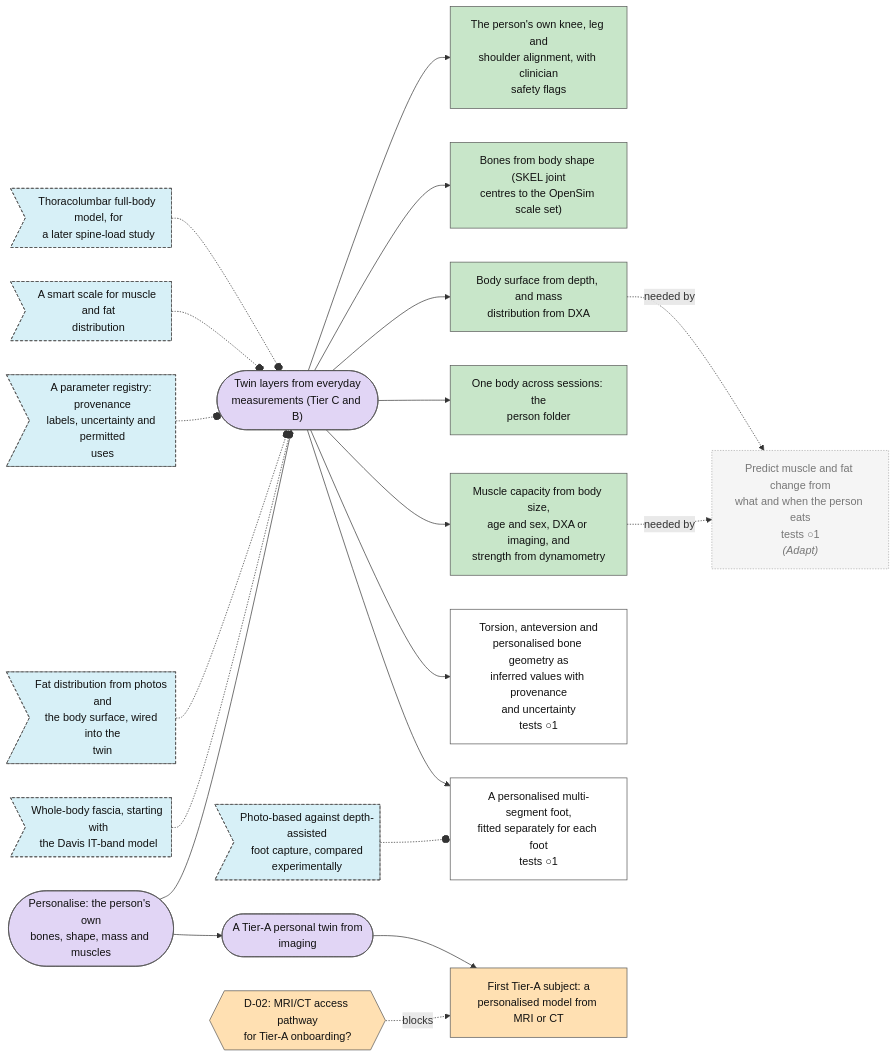
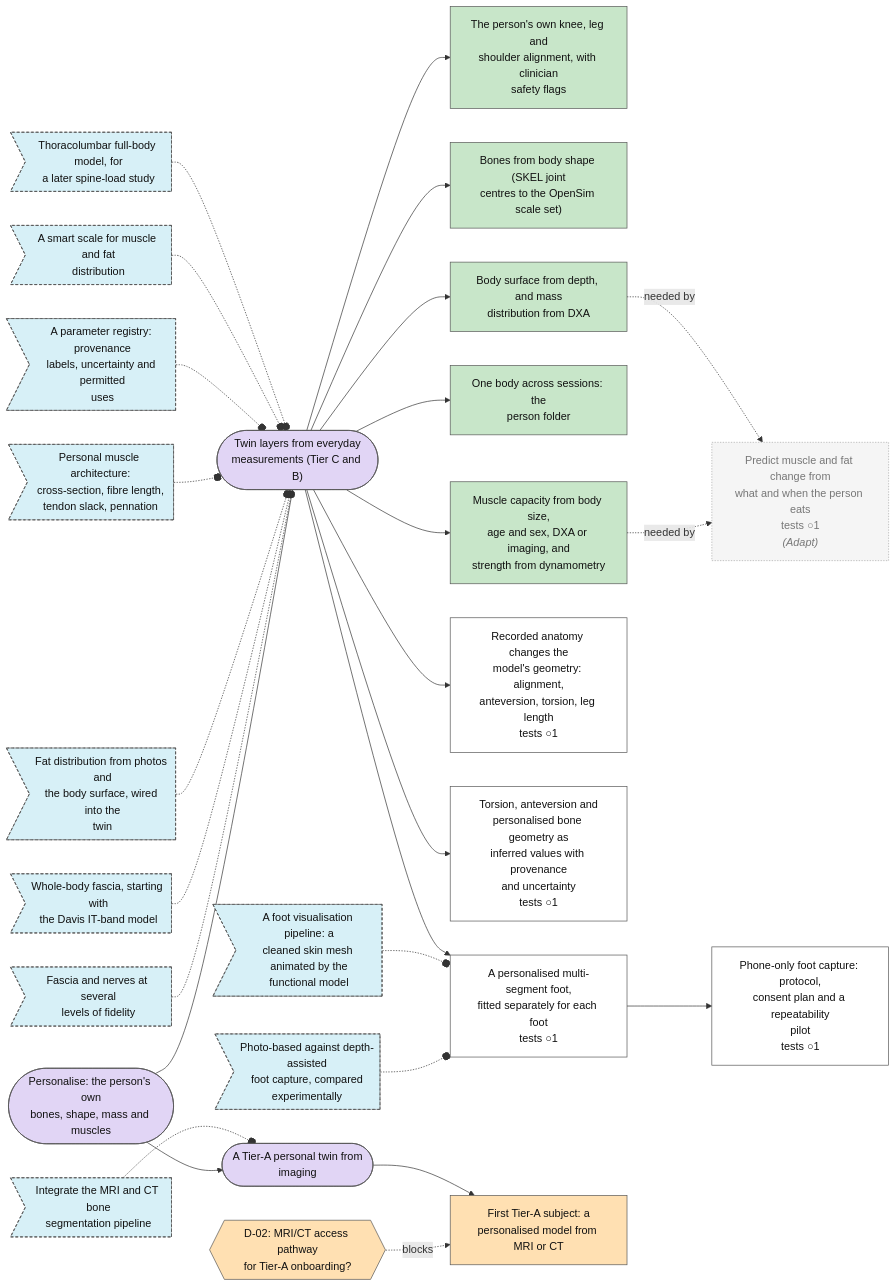
The third of 7 diagrams in plan/MAP.md (Sigurius23/Rehab-agent), drawn with Mermaid before and after one commit. The commit also changed other lines of this file and 30 other files, not shown here.

First line of the commit message:
Plan: inbox worked through (uploads and the knee inventory)

````diff
--- a/plan/MAP.md
+++ b/plan/MAP.md
@@ -128,60 +130,72 @@
 ```mermaid
 flowchart LR
   n0{{"D-02: MRI/CT access pathway<br/>for Tier-A onboarding?"}}:::decision_open
-  n1(["A Tier-A personal twin from<br/>imaging"]):::goal_open
-  n2(["Twin layers from everyday<br/>measurements (Tier C and B)"]):::goal_open
-  n3>"Whole-body fascia, starting with<br/>the Davis IT-band model"]:::idea_new
-  n4>"Fat distribution from photos and<br/>the body surface, wired into the<br/>twin"]:::idea_new
-  n5>"Photo-based against depth-assisted<br/>foot capture, compared<br/>experimentally"]:::idea_new
-  n6>"A parameter registry: provenance<br/>labels, uncertainty and permitted<br/>uses"]:::idea_new
-  n7>"A smart scale for muscle and fat<br/>distribution"]:::idea_new
-  n8>"Thoracolumbar full-body model, for<br/>a later spine-load study"]:::idea_new
-  n9["The person's own knee, leg and<br/>shoulder alignment, with clinician<br/>safety flags"]:::step_done
-  n10["Bones from body shape (SKEL joint<br/>centres to the OpenSim scale set)"]:::step_done
-  n11["Muscle capacity from body size,<br/>age and sex, DXA or imaging, and<br/>strength from dynamometry"]:::step_done
-  n12["One body across sessions: the<br/>person folder"]:::step_done
-  n13["Body surface from depth, and mass<br/>distribution from DXA"]:::step_done
-  n14(["Personalise: the person's own<br/>bones, shape, mass and muscles"]):::goal_open
-  n15["Torsion, anteversion and<br/>personalised bone geometry as<br/>inferred values with provenance<br/>and uncertainty<br/>tests ○1"]:::step_open
-  n16["A personalised multi-segment foot,<br/>fitted separately for each foot<br/>tests ○1"]:::step_open
-  n17["First Tier-A subject: a<br/>personalised model from MRI or CT"]:::step_blocked
-  n18["Predict muscle and fat change from<br/>what and when the person eats<br/>tests ○1<br/><i>(Adapt)</i>"]:::external
-  n0 -. blocks .-> n17
-  n14 --> n1
-  n14 --> n2
-  n3 -.-o n2
-  n4 -.-o n2
-  n5 -.-o n16
-  n6 -.-o n2
-  n7 -.-o n2
-  n8 -.-o n2
-  n2 --> n9
-  n2 --> n10
-  n2 --> n11
-  n2 --> n12
-  n2 --> n13
-  n2 --> n15
-  n2 --> n16
-  n1 --> n17
-  n11 -. needed by .-> n18
-  n13 -. needed by .-> n18
+  n1["Phone-only foot capture: protocol,<br/>consent plan and a repeatability<br/>pilot<br/>tests ○1"]:::step_open
+  n2(["A Tier-A personal twin from<br/>imaging"]):::goal_open
+  n3(["Twin layers from everyday<br/>measurements (Tier C and B)"]):::goal_open
+  n4>"Fascia and nerves at several<br/>levels of fidelity"]:::idea_new
+  n5>"Integrate the MRI and CT bone<br/>segmentation pipeline"]:::idea_new
+  n6>"Whole-body fascia, starting with<br/>the Davis IT-band model"]:::idea_new
+  n7>"Fat distribution from photos and<br/>the body surface, wired into the<br/>twin"]:::idea_new
+  n8>"Photo-based against depth-assisted<br/>foot capture, compared<br/>experimentally"]:::idea_new
+  n9>"A foot visualisation pipeline: a<br/>cleaned skin mesh animated by the<br/>functional model"]:::idea_new
+  n10>"Personal muscle architecture:<br/>cross-section, fibre length,<br/>tendon slack, pennation"]:::idea_new
+  n11>"A parameter registry: provenance<br/>labels, uncertainty and permitted<br/>uses"]:::idea_new
+  n12>"A smart scale for muscle and fat<br/>distribution"]:::idea_new
+  n13>"Thoracolumbar full-body model, for<br/>a later spine-load study"]:::idea_new
+  n14["The person's own knee, leg and<br/>shoulder alignment, with clinician<br/>safety flags"]:::step_done
+  n15["Bones from body shape (SKEL joint<br/>centres to the OpenSim scale set)"]:::step_done
+  n16["Muscle capacity from body size,<br/>age and sex, DXA or imaging, and<br/>strength from dynamometry"]:::step_done
+  n17["One body across sessions: the<br/>person folder"]:::step_done
+  n18["Body surface from depth, and mass<br/>distribution from DXA"]:::step_done
+  n19(["Personalise: the person's own<br/>bones, shape, mass and muscles"]):::goal_open
+  n20["Recorded anatomy changes the<br/>model's geometry: alignment,<br/>anteversion, torsion, leg length<br/>tests ○1"]:::step_open
+  n21["Torsion, anteversion and<br/>personalised bone geometry as<br/>inferred values with provenance<br/>and uncertainty<br/>tests ○1"]:::step_open
+  n22["A personalised multi-segment foot,<br/>fitted separately for each foot<br/>tests ○1"]:::step_open
+  n23["First Tier-A subject: a<br/>personalised model from MRI or CT"]:::step_blocked
+  n24["Predict muscle and fat change from<br/>what and when the person eats<br/>tests ○1<br/><i>(Adapt)</i>"]:::external
+  n0 -. blocks .-> n23
+  n22 --> n1
+  n19 --> n2
+  n19 --> n3
+  n4 -.-o n3
+  n5 -.-o n2
+  n6 -.-o n3
+  n7 -.-o n3
+  n8 -.-o n22
+  n9 -.-o n22
+  n10 -.-o n3
+  n11 -.-o n3
+  n12 -.-o n3
+  n13 -.-o n3
+  n3 --> n14
+  n3 --> n15
+  n3 --> n16
+  n3 --> n17
+  n3 --> n18
+  n3 --> n20
+  n3 --> n21
+  n3 --> n22
+  n2 --> n23
+  n16 -. needed by .-> n24
+  n18 -. needed by .-> n24
   classDef goal_open fill:#e1d5f5,stroke:#555,color:#111
   classDef goal_done fill:#c8e6c9,stroke:#555,color:#111
   classDef step_open fill:#ffffff,stroke:#555,color:#111
   classDef step_doing fill:#fff3c4,stroke:#555,color:#111
   classDef step_done fill:#c8e6c9,stroke:#555,color:#111
   classDef step_blocked fill:#ffe0b2,stroke:#555,color:#111
   classDef step_dropped fill:#eeeeee,stroke:#555,color:#111
   classDef test_planned fill:#ffffff,stroke:#555,color:#111
   classDef test_running fill:#fff3c4,stroke:#555,color:#111
   classDef test_passed fill:#c8e6c9,stroke:#555,color:#111
   classDef test_failed fill:#ffcdd2,stroke:#555,color:#111
   classDef test_mixed fill:#fff3c4,stroke:#555,color:#111
   classDef test_dropped fill:#eeeeee,stroke:#555,color:#111
   classDef idea_new fill:#d7f0f7,stroke:#555,color:#111,stroke-dasharray: 4 3
   classDef idea_promoted fill:#eeeeee,stroke:#555,color:#111,stroke-dasharray: 4 3
   classDef idea_dropped fill:#eeeeee,stroke:#555,color:#111,stroke-dasharray: 4 3
   classDef decision_open fill:#ffe0b2,stroke:#555,color:#111
   classDef decision_decided fill:#ffe0b2,stroke:#555,color:#111
   classDef external fill:#f5f5f5,stroke:#aaa,color:#777,stroke-dasharray: 2 2
 ```
````
